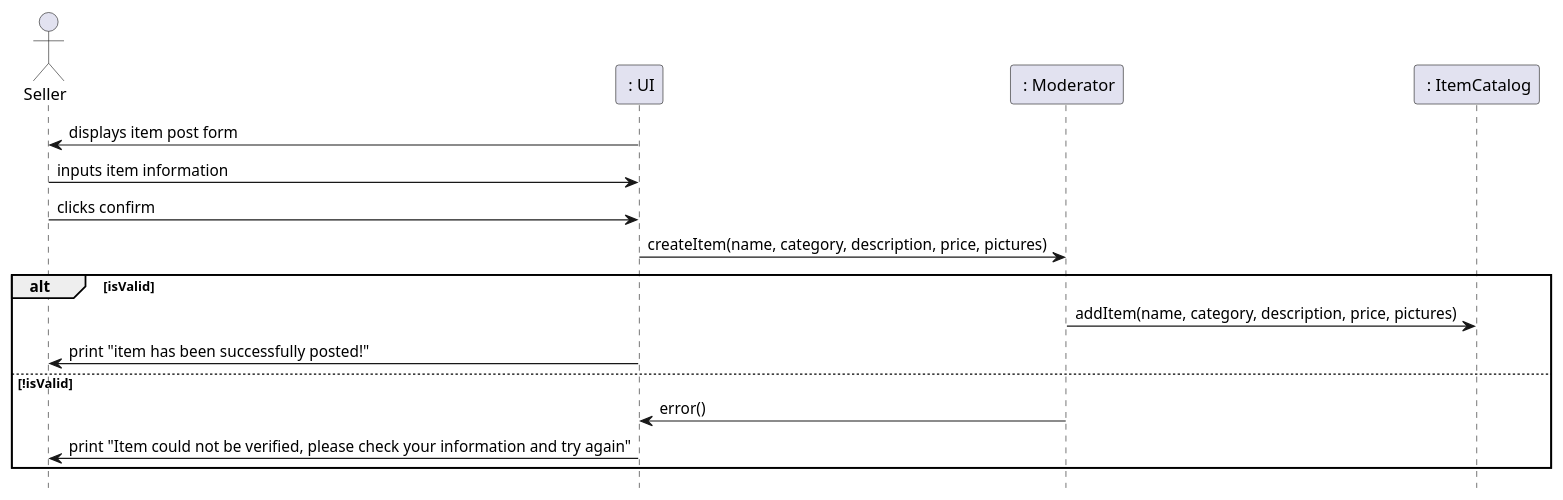
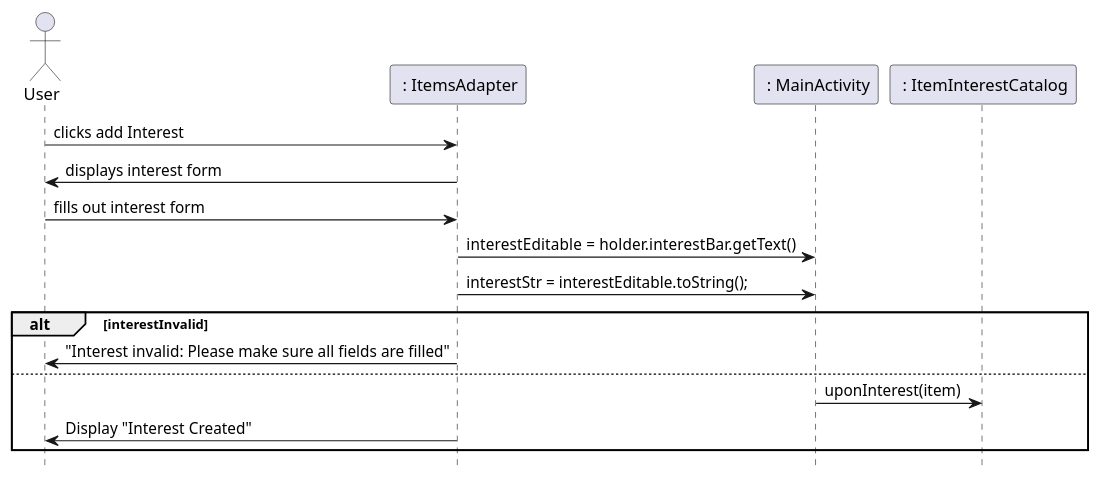
One commit to remyben-creator/Marketplace-Application changed the third of 5 diagrams in IntelliJ/Doc/design.md. Above: the diagram before and after it, drawn with PlantUML. The commit also changed other lines of this file and 2 other files, not shown here.

Commit message:
Some Sequence Diagrams Finalized

````diff
--- a/IntelliJ/Doc/design.md
+++ b/IntelliJ/Doc/design.md
@@ -76,19 +78,21 @@
 ```plantuml
 hide footbox
-actor Seller as seller
-participant " : UI" as ui
-participant " : Moderator" as moderator
-participant " : ItemCatalog" as itemcatalog
+actor User as user
+participant " : ItemsAdapter" as ui
+participant " : MainActivity" as controller
+participant " : ItemInterestCatalog" as iteminterestcatalog
 
-ui -> seller : displays item post form
-seller -> ui : inputs item information
-seller -> ui : clicks confirm
-ui -> moderator : createItem(name, category, description, price, pictures)
-alt isValid
- moderator -> itemcatalog : addItem(name, category, description, price, pictures)
- ui -> seller : print "item has been successfully posted!"
-else !isValid
- moderator -> ui : error()
- ui -> seller : print "Item could not be verified, please check your information and try again"
+user -> ui : clicks add Interest
+ui -> user : displays interest form
+user -> ui : fills out interest form 
+ui -> controller : interestEditable = holder.interestBar.getText()
+ui -> controller : interestStr = interestEditable.toString();  
+
+alt interestInvalid 
+ ui -> user : "Interest invalid: Please make sure all fields are filled"
+else
+ controller -> iteminterestcatalog : uponInterest(item)
+ ui -> user : Display "Interest Created"
 end
+
 ```
````
